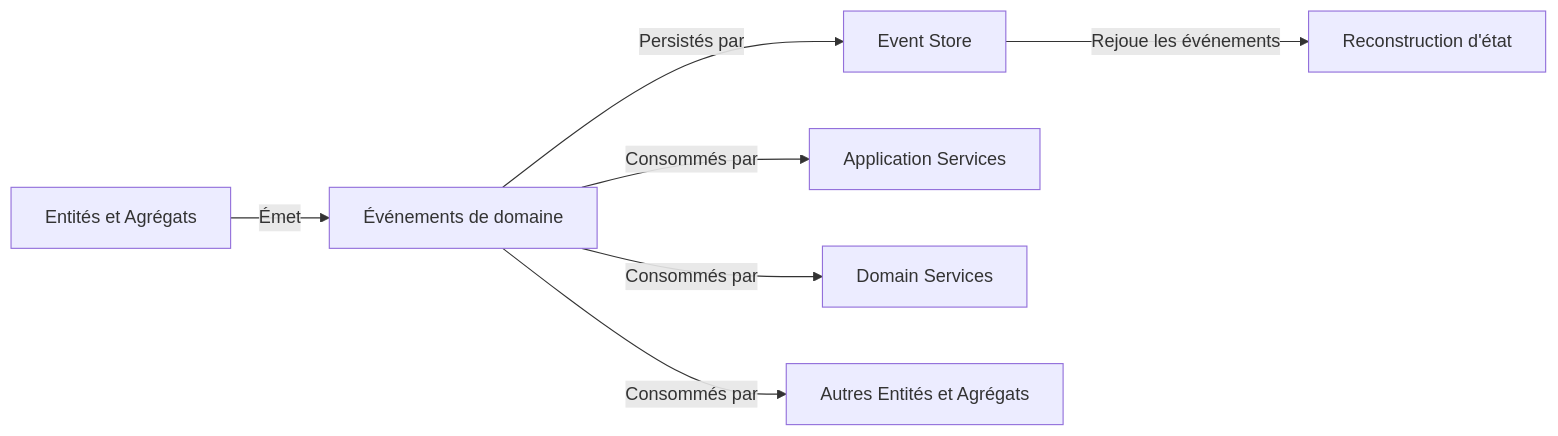
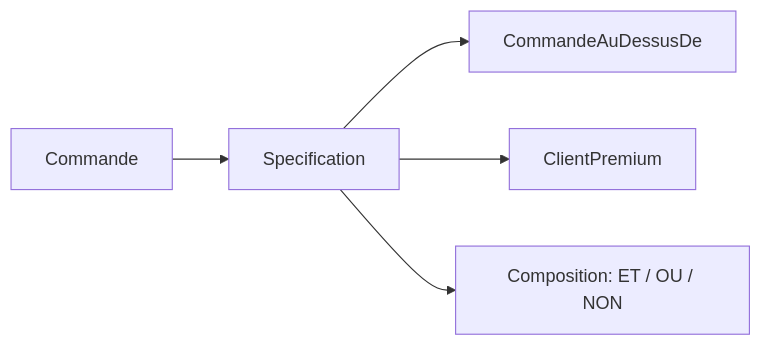
One commit to Tan-Software/domain-driven-design changed diagram 11 of 11 in README.md. Above: the diagram before and after it, drawn with Mermaid. The commit also changed other lines of this file, not shown here.

````diff
--- a/README.md
+++ b/README.md
@@ -687,9 +481,7 @@
 ```mermaid
-	graph LR
-    A[Entités et Agrégats] -- Émet --> B[Événements de domaine]
-    B -- Persistés par --> C[Event Store]
-    B -- Consommés par --> D[Application Services]
-    B -- Consommés par --> E[Domain Services]
-    B -- Consommés par --> F[Autres Entités et Agrégats]
-    C -- Rejoue les événements --> G[Reconstruction d'état]
+graph LR
+    A[Commande] --> B[Specification]
+    B --> C[CommandeAuDessusDe]
+    B --> D[ClientPremium]
+    B --> E[Composition: ET / OU / NON]
 ```
````
